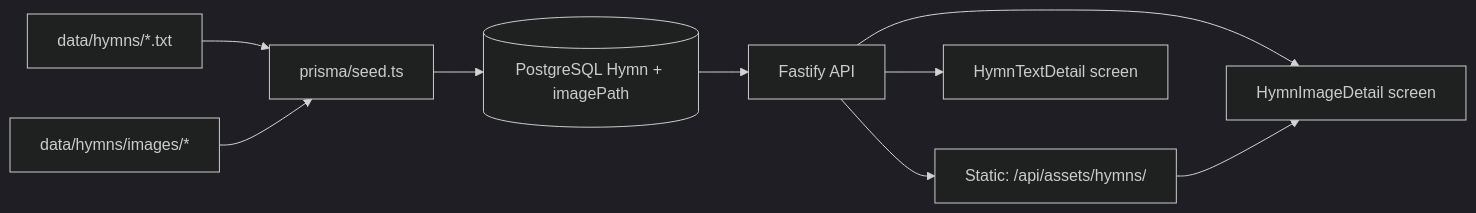
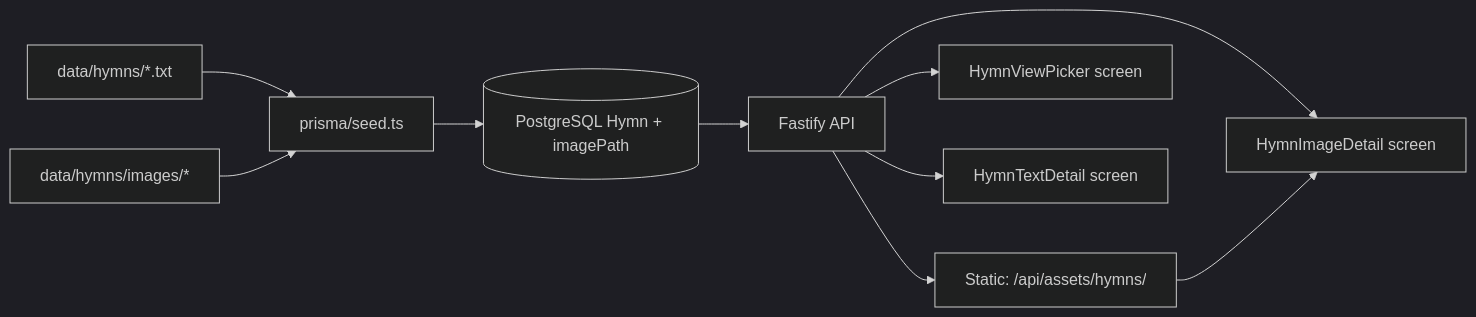
The second of 2 diagrams in docs/DEVELOPMENT_PLAN.md (ZoeHatdog/Hymn-App), drawn with Mermaid (dark theme) before and after one commit. The commit also changed other lines of this file and 32 other files, not shown here.

````diff
--- a/docs/DEVELOPMENT_PLAN.md
+++ b/docs/DEVELOPMENT_PLAN.md
@@ -47,11 +49,12 @@
 ```mermaid
 flowchart LR
   txtFiles["data/hymns/*.txt"] --> seed["prisma/seed.ts"]
   imgFiles["data/hymns/images/*"] --> seed
   seed --> db[(PostgreSQL Hymn + imagePath)]
   db --> api["Fastify API"]
   api --> staticRoute["Static: /api/assets/hymns/"]
+  api --> mobilePicker["HymnViewPicker screen"]
   api --> mobileText["HymnTextDetail screen"]
   api --> mobileImage["HymnImageDetail screen"]
   staticRoute --> mobileImage
 ```
````
